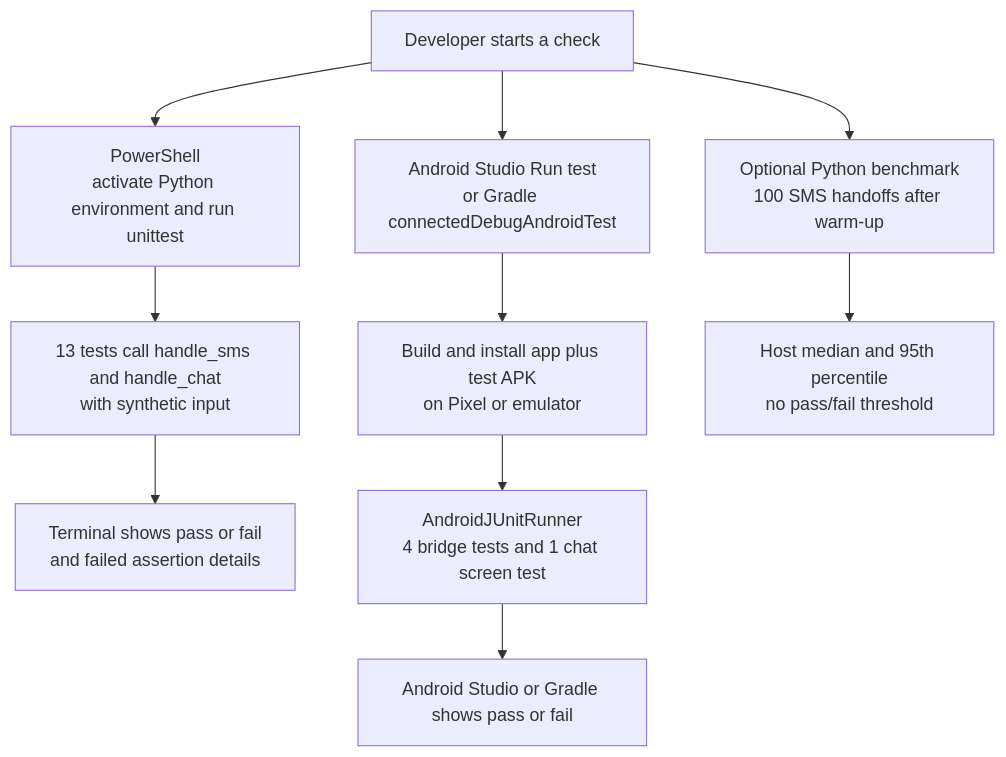
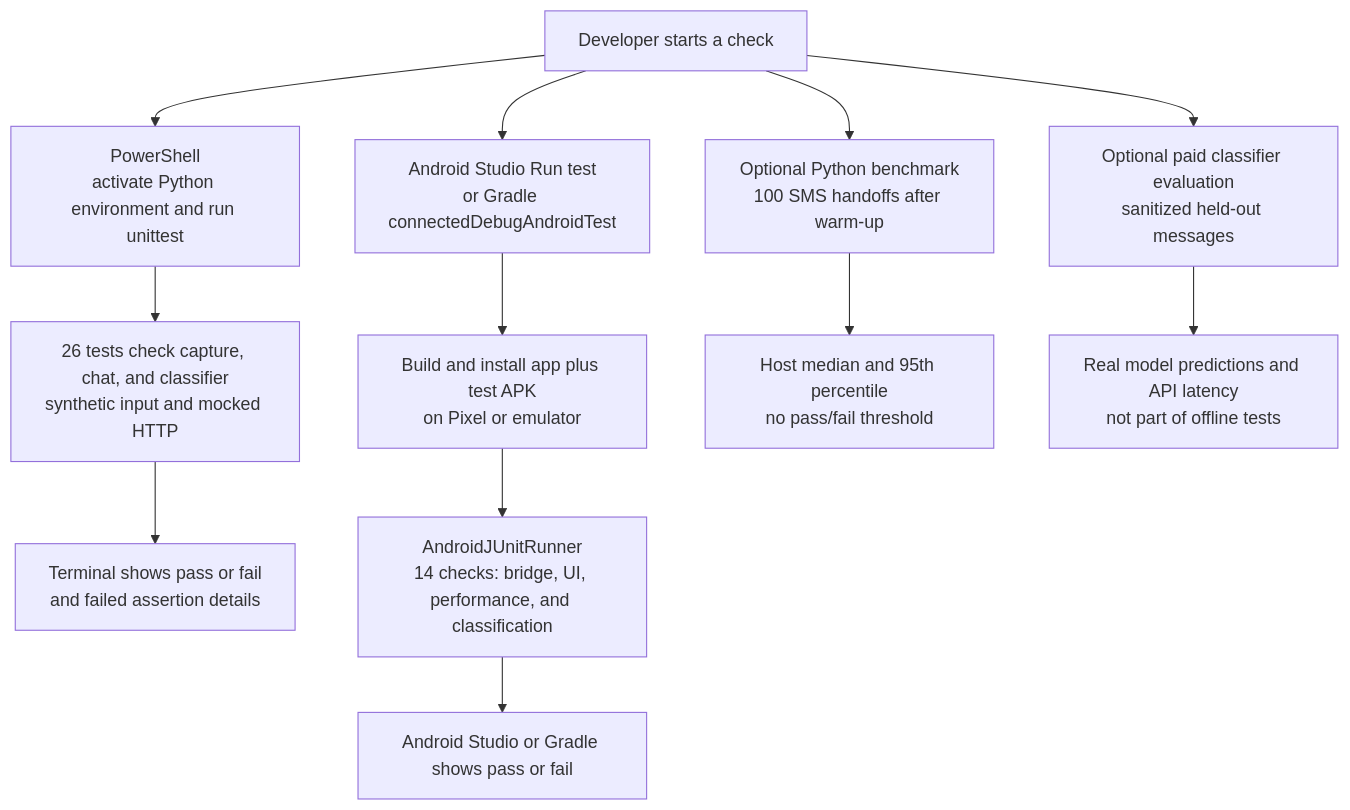
The second of 3 diagrams in README.md (Abijith97/expense-tracker-with-mcp), drawn with Mermaid before and after one commit. The commit also changed other lines of this file and 25 other files, not shown here.

Commit message:
Add hosted expenditure classification, SMS timings, and POC progress

````diff
--- a/README.md
+++ b/README.md
@@ -52,15 +76,17 @@
 ```mermaid
 flowchart TB
     Developer[Developer starts a check]
     Developer --> Shell[PowerShell<br/>activate Python environment and run unittest]
-    Shell --> UnitTests[13 tests call handle_sms and handle_chat<br/>with synthetic input]
+    Shell --> UnitTests[26 tests check capture, chat, and classifier<br/>synthetic input and mocked HTTP]
     UnitTests --> Terminal[Terminal shows pass or fail<br/>and failed assertion details]
 
     Developer --> Studio[Android Studio Run test<br/>or Gradle connectedDebugAndroidTest]
     Studio --> Install[Build and install app plus test APK<br/>on Pixel or emulator]
-    Install --> Runner[AndroidJUnitRunner<br/>4 bridge tests and 1 chat screen test]
+    Install --> Runner[AndroidJUnitRunner<br/>14 checks: bridge, UI, performance, and classification]
     Runner --> Results[Android Studio or Gradle shows pass or fail]
 
     Developer --> Benchmark[Optional Python benchmark<br/>100 SMS handoffs after warm-up]
     Benchmark --> Timing[Host median and 95th percentile<br/>no pass/fail threshold]
+    Developer --> LiveEval[Optional paid classifier evaluation<br/>sanitized held-out messages]
+    LiveEval --> Accuracy[Real model predictions and API latency<br/>not part of offline tests]
 ```
````
